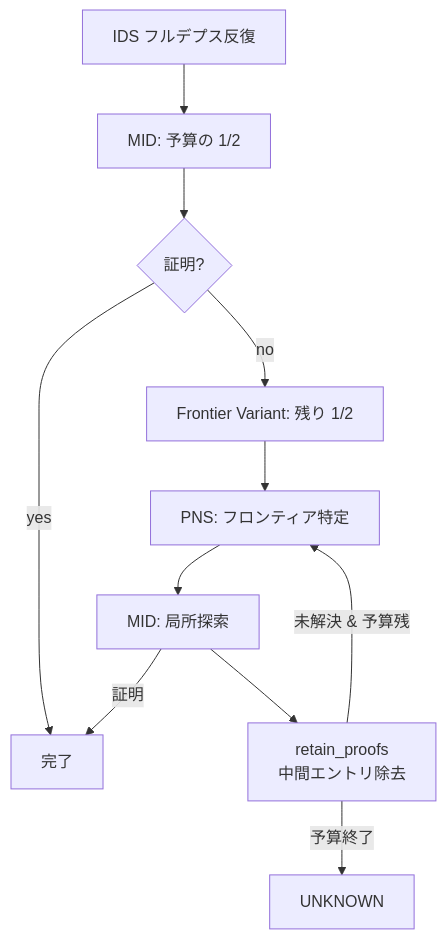
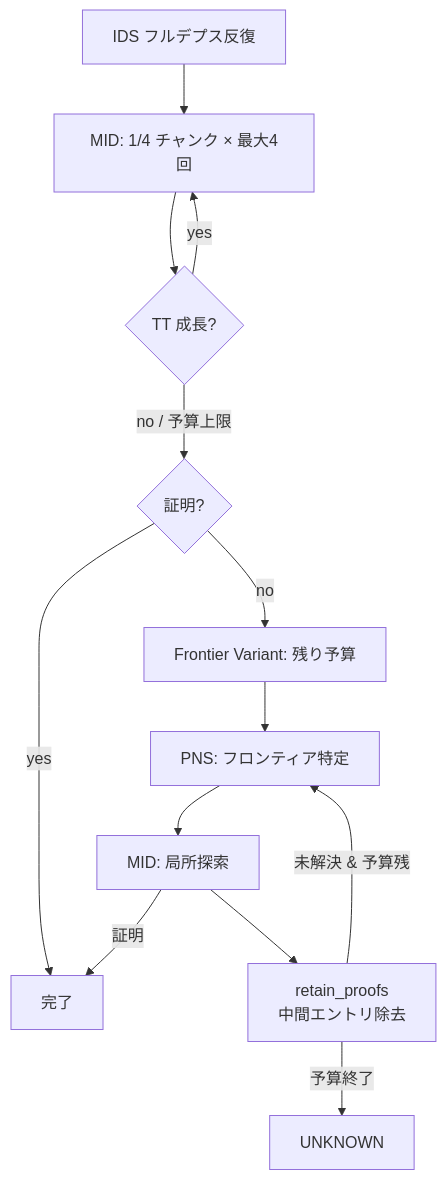
Before and after one commit to dousu/maou: the third of 4 diagrams in docs/design/tsume-solver-design.md, drawn with Mermaid. The commit also changed other lines of this file, not shown here.

````diff
--- a/docs/design/tsume-solver-design.md
+++ b/docs/design/tsume-solver-design.md
@@ -274,13 +274,15 @@
 ```mermaid
 flowchart TD
-    IDS[IDS フルデプス反復] --> MID[MID: 予算の 1/2]
-    MID --> C1{証明?}
+    IDS[IDS フルデプス反復] --> MID[MID: 1/4 チャンク × 最大4回]
+    MID --> TTchk{TT 成長?}
+    TTchk -->|yes| MID
+    TTchk -->|no / 予算上限| C1{証明?}
     C1 -->|yes| Done[完了]
-    C1 -->|no| FV[Frontier Variant: 残り 1/2]
+    C1 -->|no| FV[Frontier Variant: 残り予算]
     FV --> PNS[PNS: フロンティア特定]
     PNS --> MID2[MID: 局所探索]
     MID2 --> RP[retain_proofs\n中間エントリ除去]
     RP -->|未解決 & 予算残| PNS
     MID2 -->|証明| Done
     RP -->|予算終了| Unknown[UNKNOWN]
 ```
````
